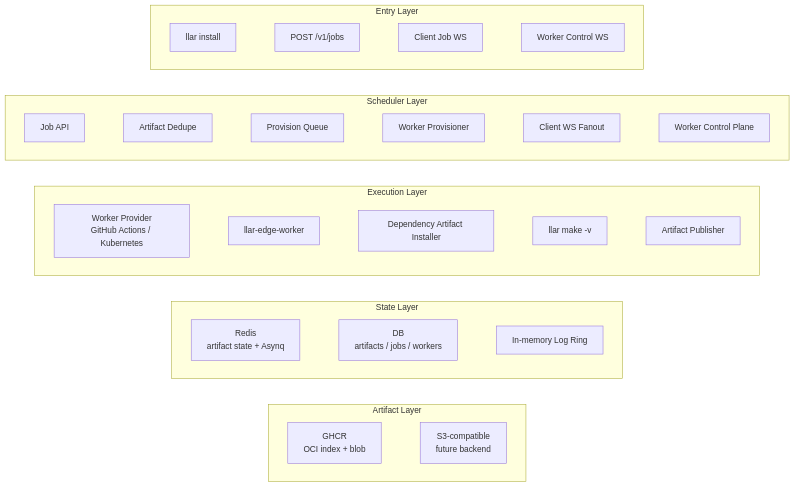
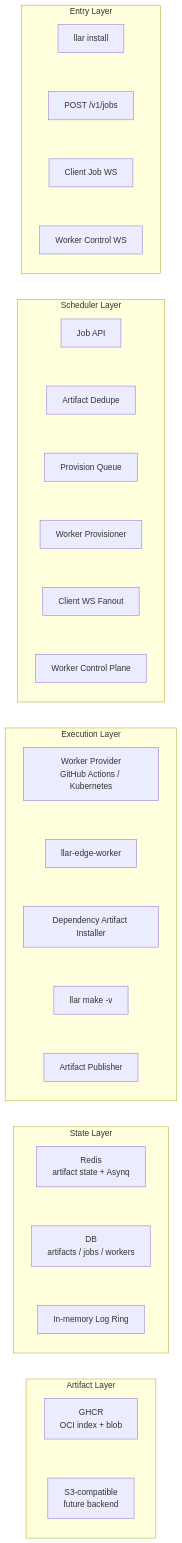
Before and after one commit to MeteorsLiu/llar: the second of 2 diagrams in docs/superpowers/specs/2026-05-25-cloud-build-design.md, drawn with Mermaid.

Commit message:
docs: make layered diagram top-down

````diff
--- a/docs/superpowers/specs/2026-05-25-cloud-build-design.md
+++ b/docs/superpowers/specs/2026-05-25-cloud-build-design.md
@@ -37,52 +37,52 @@
 ```mermaid
 flowchart TB
   subgraph EntryRow["Entry Layer"]
-    direction LR
+    direction TB
     CLI["llar install"]
     SubmitAPI["POST /v1/jobs"]
     ClientWS["Client Job WS"]
     WorkerWS["Worker Control WS"]
     CLI ~~~ SubmitAPI ~~~ ClientWS ~~~ WorkerWS
   end
 
   subgraph SchedulerRow["Scheduler Layer"]
-    direction LR
+    direction TB
     JobAPI["Job API"]
     Dedupe["Artifact Dedupe"]
     Queue["Provision Queue"]
     Provisioner["Worker Provisioner"]
     Fanout["Client WS Fanout"]
     WorkerControl["Worker Control Plane"]
     JobAPI ~~~ Dedupe ~~~ Queue ~~~ Provisioner ~~~ Fanout ~~~ WorkerControl
   end
 
   subgraph ExecutionRow["Execution Layer"]
-    direction LR
+    direction TB
     Provider["Worker Provider<br/>GitHub Actions / Kubernetes"]
     EdgeWorker["llar-edge-worker"]
     DepInstaller["Dependency Artifact Installer"]
     LocalBuild["llar make -v"]
     Publisher["Artifact Publisher"]
     Provider ~~~ EdgeWorker ~~~ DepInstaller ~~~ LocalBuild ~~~ Publisher
   end
 
   subgraph StateRow["State Layer"]
-    direction LR
+    direction TB
     RedisState["Redis<br/>artifact state + Asynq"]
     DB["DB<br/>artifacts / jobs / workers"]
     LogRing["In-memory Log Ring"]
     RedisState ~~~ DB ~~~ LogRing
   end
 
   subgraph ArtifactRow["Artifact Layer"]
-    direction LR
+    direction TB
     GHCR["GHCR<br/>OCI index + blob"]
     S3["S3-compatible<br/>future backend"]
     GHCR ~~~ S3
   end
 
   CLI ~~~ JobAPI
   JobAPI ~~~ Provider
   Provider ~~~ RedisState
   RedisState ~~~ GHCR
 ```
````
